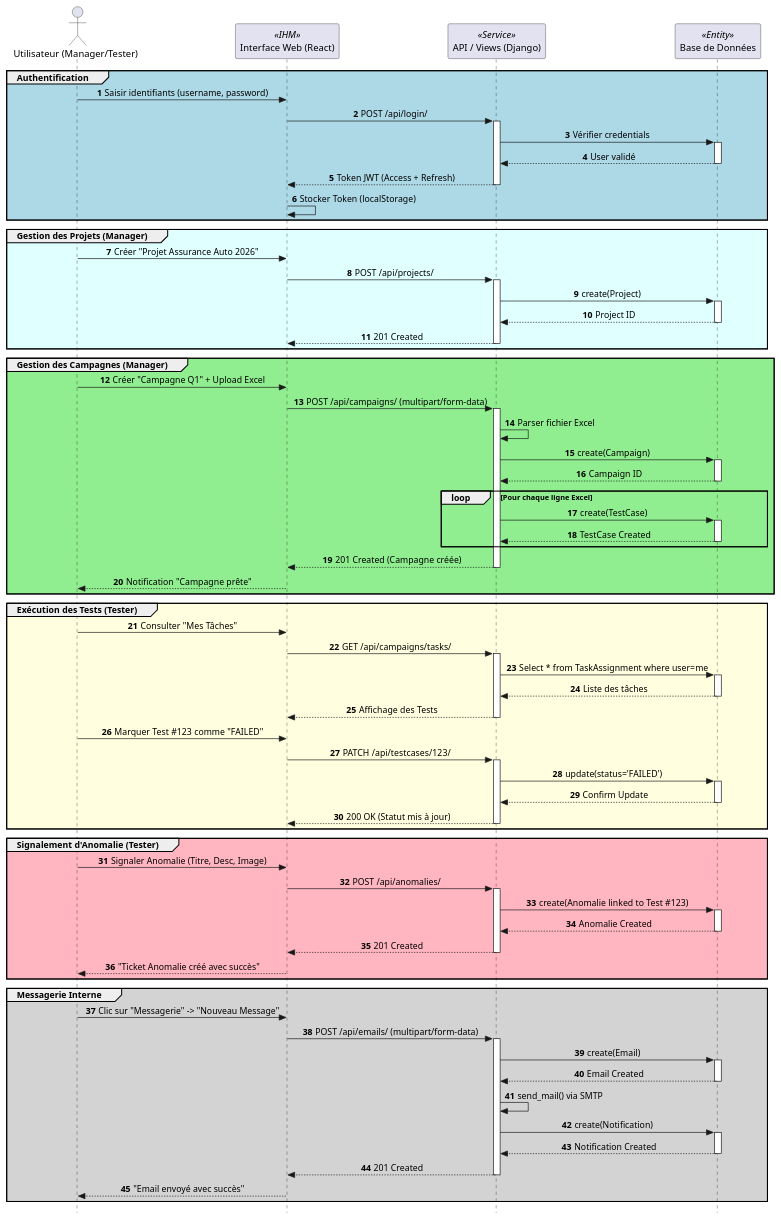
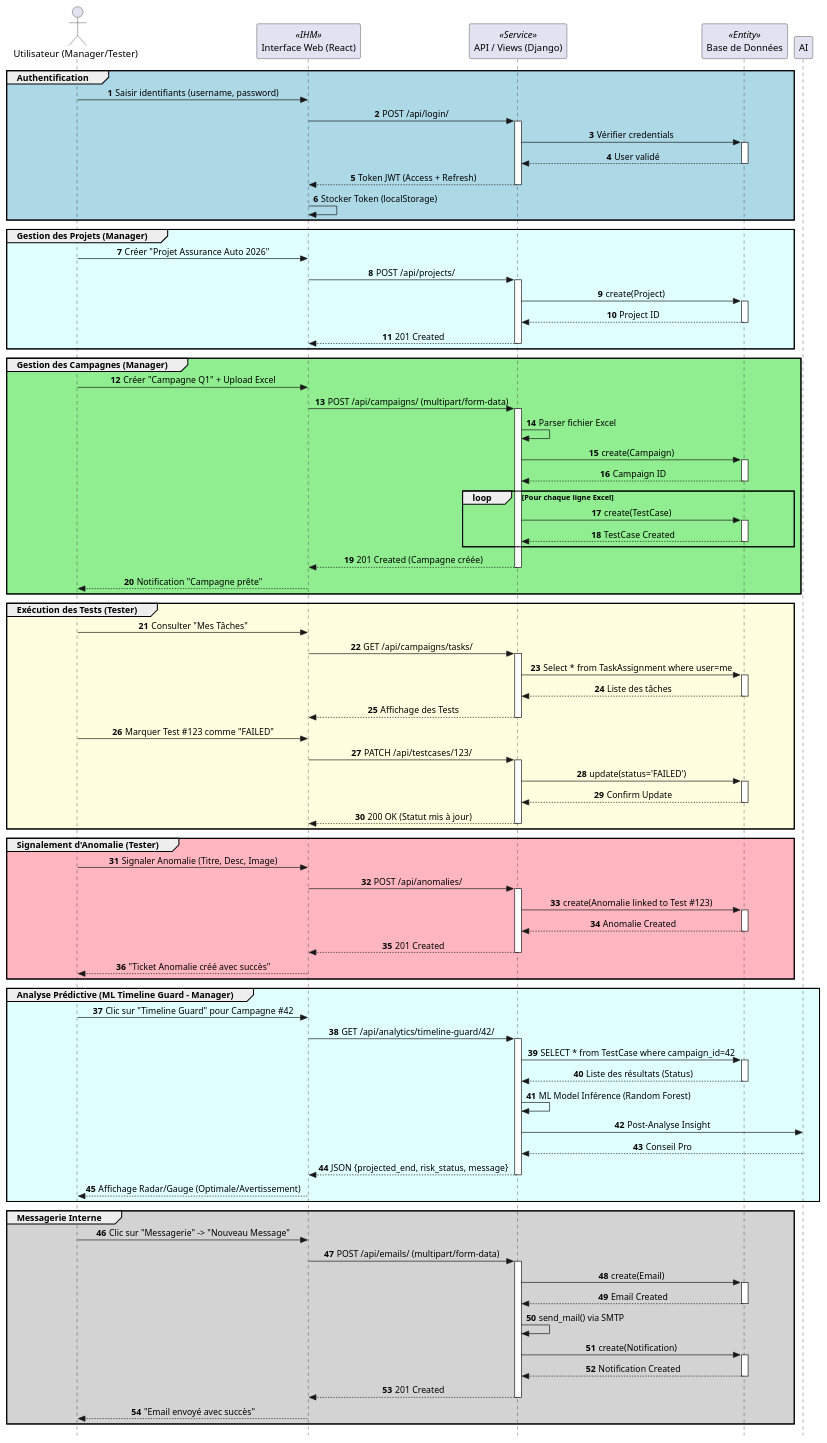
One commit to onsben19/Test-Management-Plateforme-LLoyd changed the diagram in InsureTM/diagrammes /global_sequence_diagram.puml. Above: the diagram before and after it, drawn with PlantUML. The commit also changed 28 other files, not shown here.

```diff
--- a/InsureTM/diagrammes /global_sequence_diagram.puml
+++ b/InsureTM/diagrammes /global_sequence_diagram.puml
@@ -1,109 +1,124 @@
 @startuml
 autonumber
 skinparam style strictuml
 skinparam sequenceMessageAlign center
 
 actor "Utilisateur (Manager/Tester)" as User
 participant "Interface Web (React)" as UI <<IHM>>
 participant "API / Views (Django)" as API <<Service>>
 participant "Base de Données" as DB <<Entity>>
 
 group #LightBlue Authentification
     User -> UI: Saisir identifiants (username, password)
     UI -> API: POST /api/login/
     activate API
     API -> DB: Vérifier credentials
     activate DB
     DB --> API: User validé
     deactivate DB
     API --> UI: Token JWT (Access + Refresh)
     deactivate API
     UI -> UI: Stocker Token (localStorage)
 end
 
 group #LightCyan Gestion des Projets (Manager)
     User -> UI: Créer "Projet Assurance Auto 2026"
     UI -> API: POST /api/projects/
     activate API
     API -> DB: create(Project)
     activate DB
     DB --> API: Project ID
     deactivate DB
     API --> UI: 201 Created
     deactivate API
 end
 
 group #LightGreen Gestion des Campagnes (Manager)
     User -> UI: Créer "Campagne Q1" + Upload Excel
     UI -> API: POST /api/campaigns/ (multipart/form-data)
     activate API
     API -> API: Parser fichier Excel
     API -> DB: create(Campaign)
     activate DB
     DB --> API: Campaign ID
     deactivate DB
     loop Pour chaque ligne Excel
         API -> DB: create(TestCase)
         activate DB
         DB --> API: TestCase Created
         deactivate DB
     end
     API --> UI: 201 Created (Campagne créée)
     deactivate API
     UI --> User: Notification "Campagne prête"
 end
 
 group #LightYellow Exécution des Tests (Tester)
     User -> UI: Consulter "Mes Tâches"
     UI -> API: GET /api/campaigns/tasks/
     activate API
     API -> DB: Select * from TaskAssignment where user=me
     activate DB
     DB --> API: Liste des tâches
     deactivate DB
     API --> UI: Affichage des Tests
     deactivate API
     
     User -> UI: Marquer Test #123 comme "FAILED"
     UI -> API: PATCH /api/testcases/123/
     activate API
     API -> DB: update(status='FAILED')
     activate DB
     DB --> API: Confirm Update
     deactivate DB
     API --> UI: 200 OK (Statut mis à jour)
     deactivate API
 end
 
 group #LightPink Signalement d'Anomalie (Tester)
     User -> UI: Signaler Anomalie (Titre, Desc, Image)
     UI -> API: POST /api/anomalies/
     activate API
     API -> DB: create(Anomalie linked to Test #123)
     activate DB
     DB --> API: Anomalie Created
     deactivate DB
     API --> UI: 201 Created
     deactivate API
     UI --> User: "Ticket Anomalie créé avec succès"
 end
 
+group #LightCyan Analyse Prédictive (ML Timeline Guard - Manager)
+    User -> UI: Clic sur "Timeline Guard" pour Campagne #42
+    UI -> API: GET /api/analytics/timeline-guard/42/
+    activate API
+    API -> DB: SELECT * from TestCase where campaign_id=42
+    activate DB
+    DB --> API: Liste des résultats (Status)
+    deactivate DB
+    API -> API: ML Model Inférence (Random Forest)
+    API -> AI: Post-Analyse Insight
+    AI --> API: Conseil Pro
+    API --> UI: JSON {projected_end, risk_status, message}
+    deactivate API
+    UI --> User: Affichage Radar/Gauge (Optimale/Avertissement)
+end
 group #LightGray Messagerie Interne
     User -> UI: Clic sur "Messagerie" -> "Nouveau Message"
     UI -> API: POST /api/emails/ (multipart/form-data)
     activate API
     API -> DB: create(Email)
     activate DB
     DB --> API: Email Created
     deactivate DB
     API -> API: send_mail() via SMTP
     API -> DB: create(Notification)
     activate DB
     DB --> API: Notification Created
     deactivate DB
     API --> UI: 201 Created
     deactivate API
     UI --> User: "Email envoyé avec succès"
 end
 
 @enduml
```
